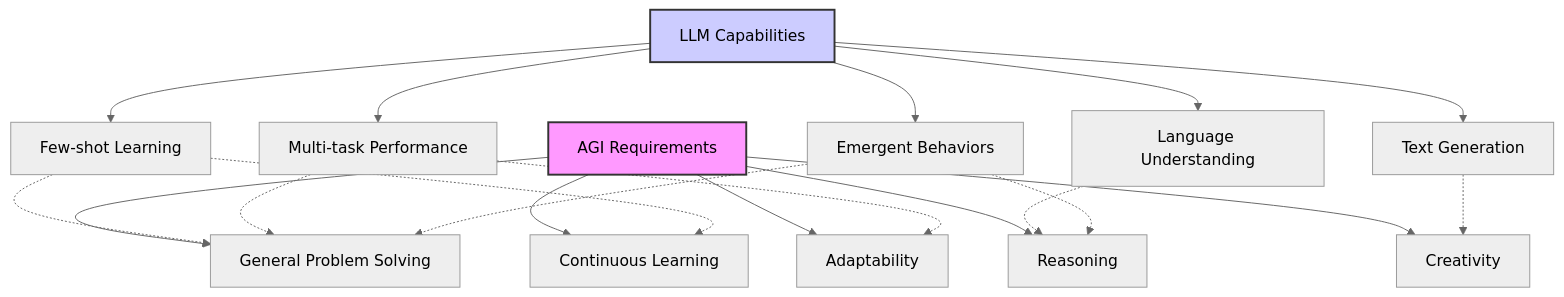
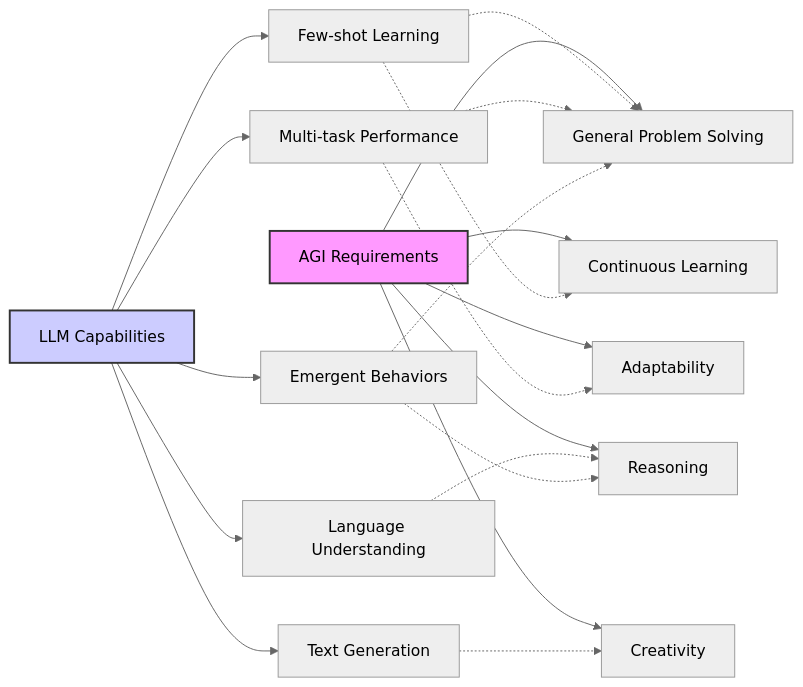
Before and after one commit to chenxingqiang/llm-course-chen: the third of 5 diagrams in notebooks/md/lesson_01_Course_Overview2.md, drawn with Mermaid (neutral theme). The commit also changed other lines of this file and 658 other files, not shown here.

````diff
--- a/notebooks/md/lesson_01_Course_Overview2.md
+++ b/notebooks/md/lesson_01_Course_Overview2.md
@@ -307,26 +348,30 @@
 ```mermaid
-graph TD
-    A[AGI Requirements] --> B[General Problem Solving]
+graph LR
+    A[AGI Requirements]
+    G[LLM Capabilities]
+    
+    A --> B[General Problem Solving]
     A --> C[Continuous Learning]
     A --> D[Adaptability]
     A --> E[Reasoning]
     A --> F[Creativity]
-
-    G[LLM Capabilities] --> H[Few-shot Learning]
+    
+    G --> H[Few-shot Learning]
     G --> I[Multi-task Performance]
     G --> J[Language Understanding]
     G --> K[Text Generation]
     G --> L[Emergent Behaviors]
-
+    
     H -.-> B
     H -.-> C
     I -.-> B
     I -.-> D
     J -.-> E
     K -.-> F
     L -.-> B
     L -.-> E
-
+    
     style A fill:#f9f,stroke:#333,stroke-width:2px
     style G fill:#ccf,stroke:#333,stroke-width:2px
+ 
 ```
````
